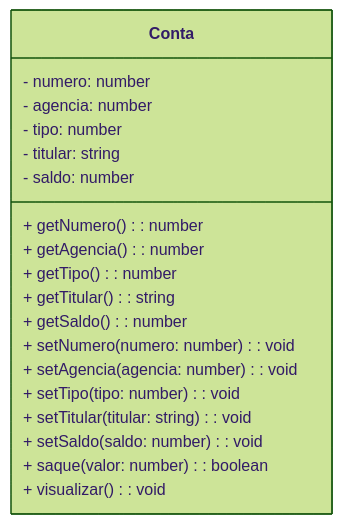
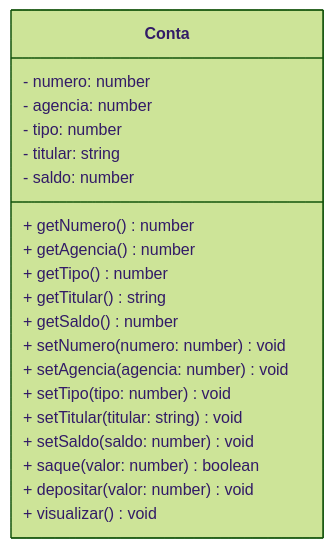
Before and after one commit to conteudoGeneration/cookbook_javascript: the diagram in 01_javascript/15.md, drawn with Mermaid (forest theme).

````diff
--- a/01_javascript/15.md
+++ b/01_javascript/15.md
@@ -117,22 +117,23 @@
 ```mermaid
 classDiagram
 class Conta {
  - numero: number
  - agencia: number
  - tipo: number
  - titular: string
  - saldo: number
- + getNumero(): number
- + getAgencia(): number
- + getTipo(): number
- + getTitular(): string
- + getSaldo(): number
- + setNumero(numero: number): void
- + setAgencia(agencia: number): void
- + setTipo(tipo: number): void
- + setTitular(titular: string): void
- + setSaldo(saldo: number): void
- + saque(valor: number): boolean
- + visualizar(): void
+ + getNumero() number
+ + getAgencia() number
+ + getTipo() number
+ + getTitular() string
+ + getSaldo() number
+ + setNumero(numero: number) void
+ + setAgencia(agencia: number) void
+ + setTipo(tipo: number) void
+ + setTitular(titular: string) void
+ + setSaldo(saldo: number) void
+ + saque(valor: number) boolean
+ + depositar(valor: number) void
+ + visualizar() void
 }
 ```
````
